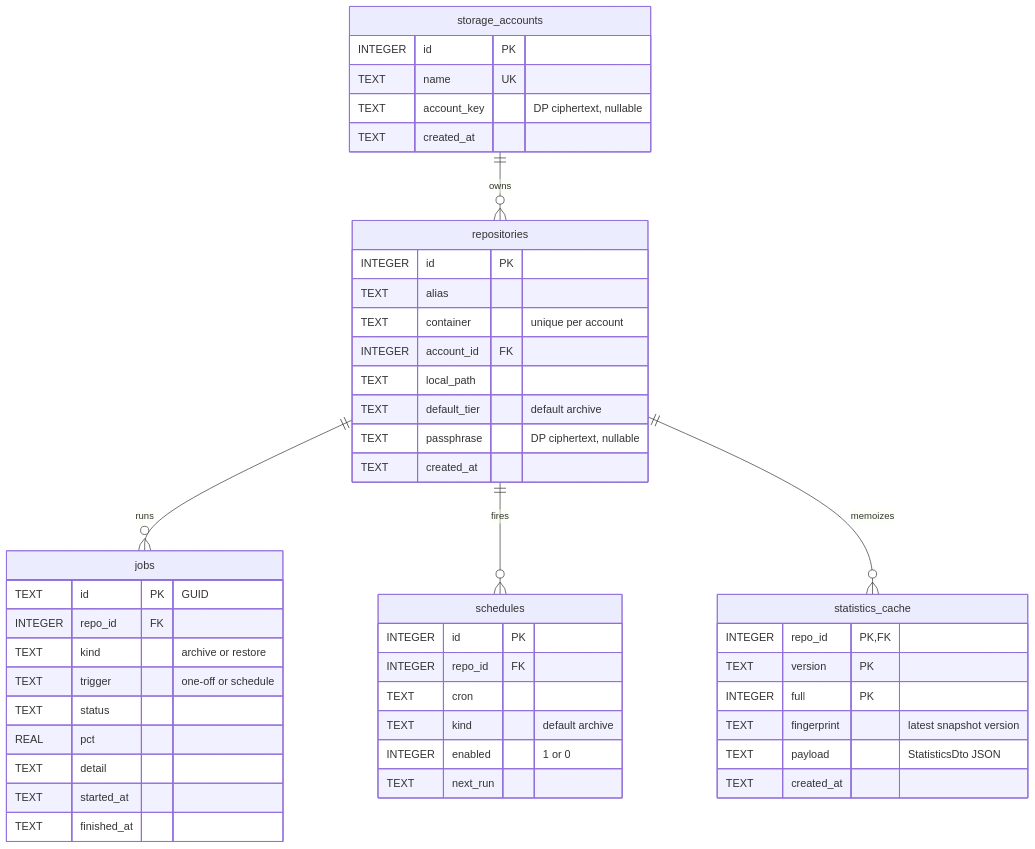
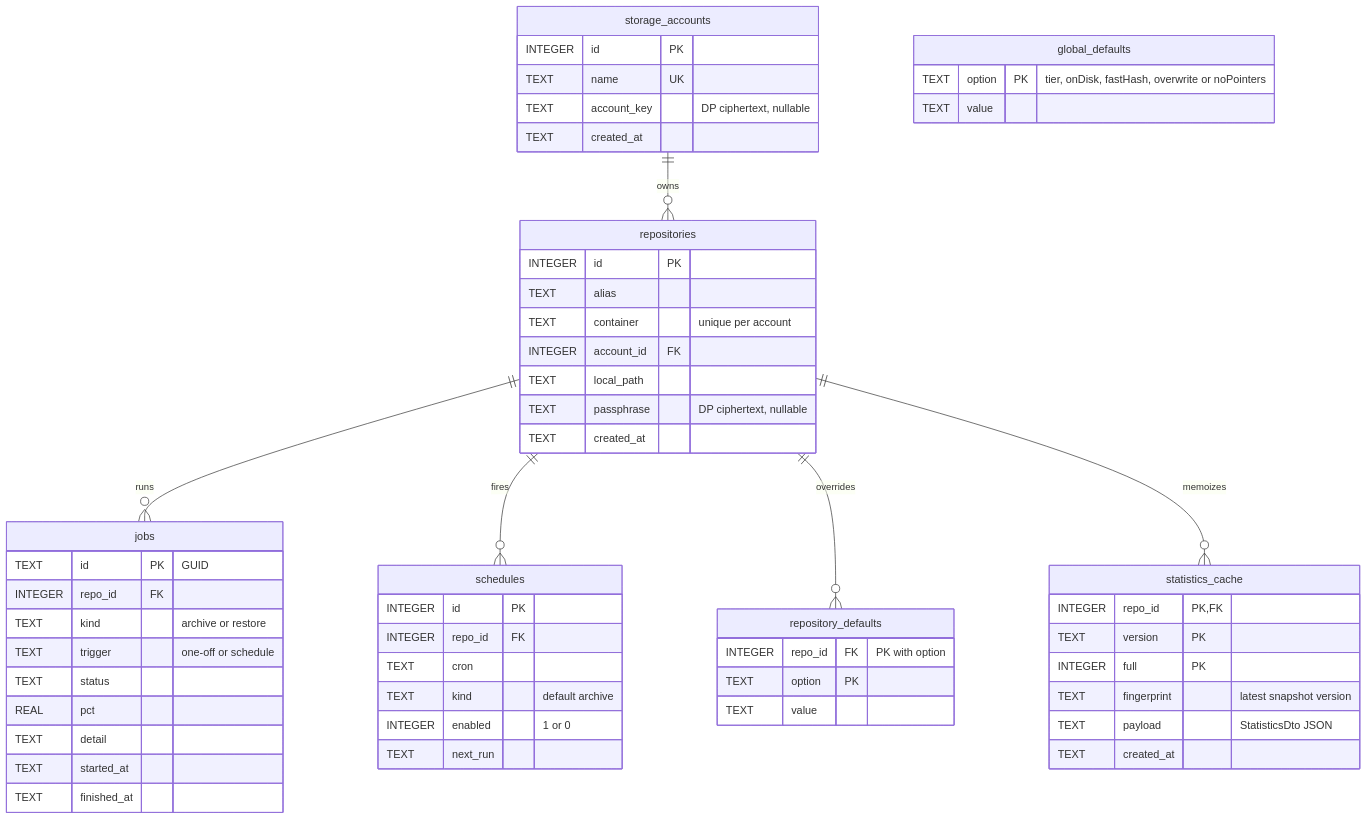
One commit to woutervanranst/Arius7 changed the fourth of 4 diagrams in docs/design/hosts/web.md. Above: the diagram before and after it, drawn with Mermaid. The commit also changed other lines of this file and 5 other files, not shown here.

````diff
--- a/docs/design/hosts/web.md
+++ b/docs/design/hosts/web.md
@@ -161,51 +161,60 @@
 ```mermaid
 erDiagram
     storage_accounts ||--o{ repositories     : "owns"
     repositories     ||--o{ jobs             : "runs"
     repositories     ||--o{ schedules        : "fires"
+    repositories     ||--o{ repository_defaults : "overrides"
     repositories     ||--o{ statistics_cache : "memoizes"
 
     storage_accounts {
         INTEGER id          PK
         TEXT    name        UK
         TEXT    account_key "DP ciphertext, nullable"
         TEXT    created_at
     }
     repositories {
         INTEGER id           PK
         TEXT    alias
         TEXT    container    "unique per account"
         INTEGER account_id   FK
         TEXT    local_path
-        TEXT    default_tier "default archive"
         TEXT    passphrase   "DP ciphertext, nullable"
         TEXT    created_at
     }
     jobs {
         TEXT    id          PK "GUID"
         INTEGER repo_id     FK
         TEXT    kind        "archive or restore"
         TEXT    trigger     "one-off or schedule"
         TEXT    status
         REAL    pct
         TEXT    detail
         TEXT    started_at
         TEXT    finished_at
     }
     schedules {
         INTEGER id      PK
         INTEGER repo_id FK
         TEXT    cron
         TEXT    kind    "default archive"
         INTEGER enabled "1 or 0"
         TEXT    next_run
     }
+    global_defaults {
+        TEXT    option PK "tier, onDisk, fastHash, overwrite or noPointers"
+        TEXT    value
+    }
+    repository_defaults {
+        INTEGER repo_id FK "PK with option"
+        TEXT    option  PK
+        TEXT    value
+    }
     statistics_cache {
         INTEGER repo_id     PK,FK
         TEXT    version     PK
         INTEGER full        PK
         TEXT    fingerprint "latest snapshot version"
         TEXT    payload     "StatisticsDto JSON"
         TEXT    created_at
     }
 ```
````
